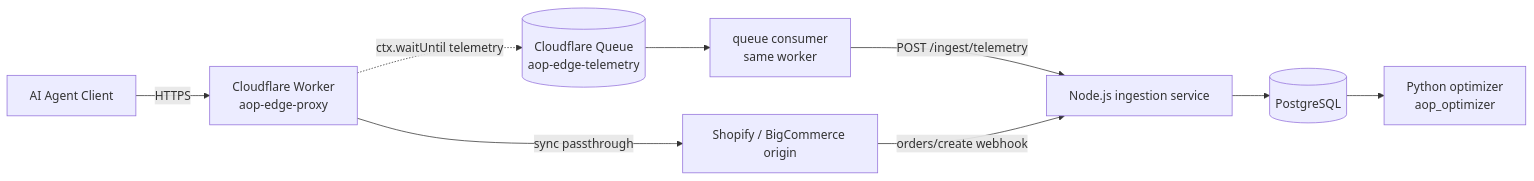
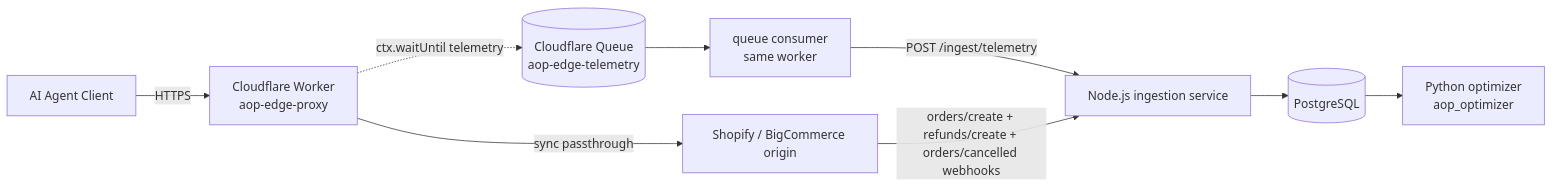
Before and after one commit to ryankaplan620-dotcom/AOP-Test-public-: the diagram in README.md, drawn with Mermaid. The commit also changed other lines of this file and 26 other files, not shown here.

````diff
--- a/README.md
+++ b/README.md
@@ -31,11 +33,11 @@
 ```mermaid
 flowchart LR
     A[AI Agent Client] -->|HTTPS| W[Cloudflare Worker<br/>aop-edge-proxy]
     W -->|sync passthrough| S[Shopify / BigCommerce origin]
     W -.->|ctx.waitUntil telemetry| Q[(Cloudflare Queue<br/>aop-edge-telemetry)]
     Q --> C[queue consumer<br/>same worker]
     C -->|POST /ingest/telemetry| I[Node.js ingestion service]
-    S -->|orders/create webhook| I
+    S -->|orders/create + refunds/create + orders/cancelled webhooks| I
     I --> P[(PostgreSQL)]
     P --> O[Python optimizer<br/>aop_optimizer]
 ```
````
